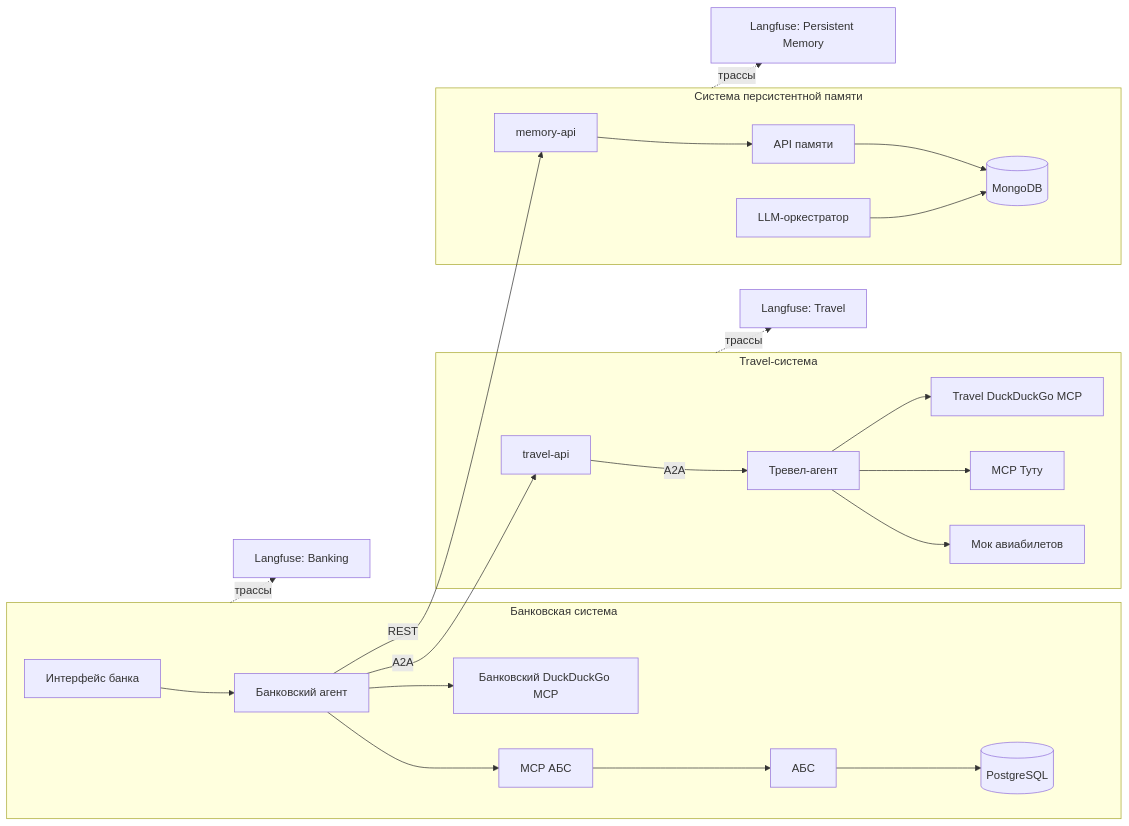
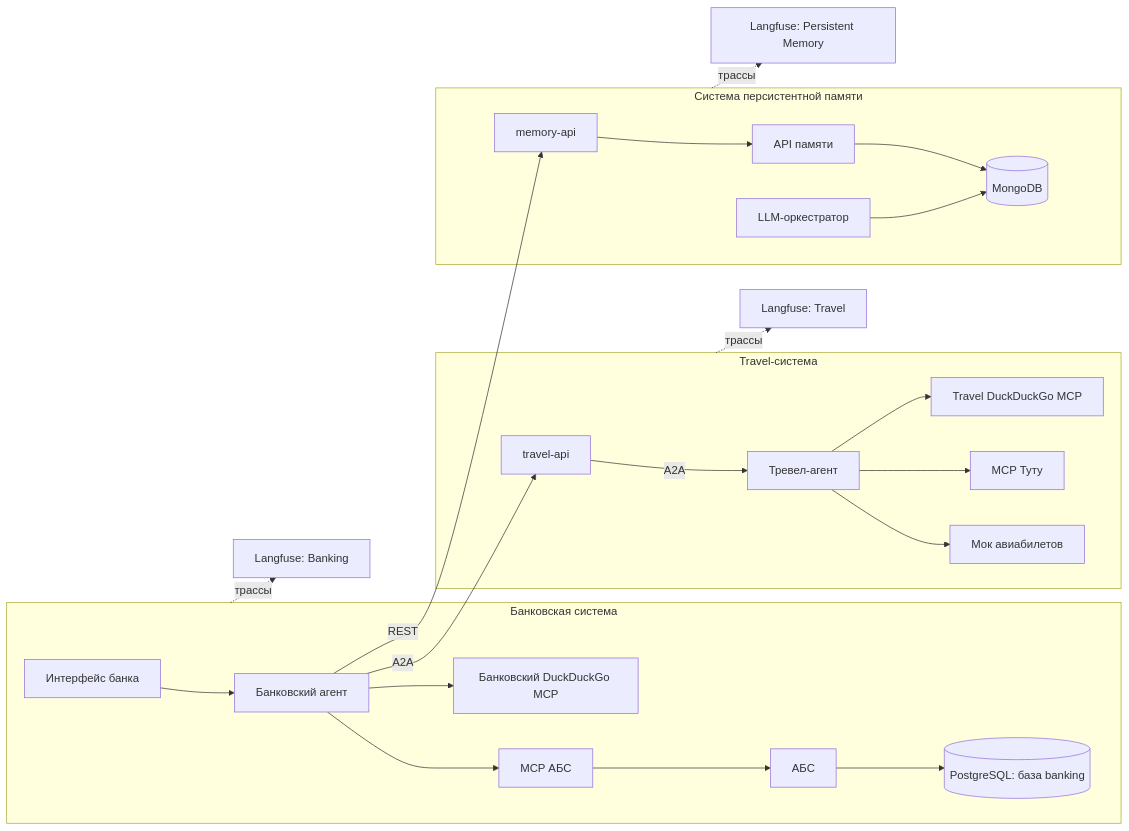
The diagram in docs/ARCHITECTURE.md (LLAMATOR-Core/agentic-banking-lab), drawn with Mermaid before and after one commit. The commit also changed other lines of this file and 9 other files, not shown here.

````diff
--- a/docs/ARCHITECTURE.md
+++ b/docs/ARCHITECTURE.md
@@ -5,26 +25,26 @@
 ```mermaid
 flowchart LR
   subgraph BANK[Банковская система]
     UI[Интерфейс банка] --> BA[Банковский агент]
     BA --> BM[MCP АБС]
     BM --> ABS[АБС]
-    ABS --> PG[(PostgreSQL)]
+    ABS --> PG[(PostgreSQL: база banking)]
     BA --> BN[Банковский DuckDuckGo MCP]
   end
   subgraph TRAVEL[Travel-система]
     TG[travel-api] -->|A2A| TA[Тревел-агент]
     TA --> FM[Мок авиабилетов]
     TA --> TT[MCP Туту]
     TA --> TN[Travel DuckDuckGo MCP]
   end
   subgraph MEMORY[Система персистентной памяти]
     MG[memory-api] --> MS[API памяти]
     MS --> DB[(MongoDB)]
     MO[LLM-оркестратор] --> DB
   end
   BA -->|A2A| TG
   BA -->|REST| MG
   BANK -. трассы .-> LB[Langfuse: Banking]
   TRAVEL -. трассы .-> LT[Langfuse: Travel]
   MEMORY -. трассы .-> LM[Langfuse: Persistent Memory]
 ```
````
